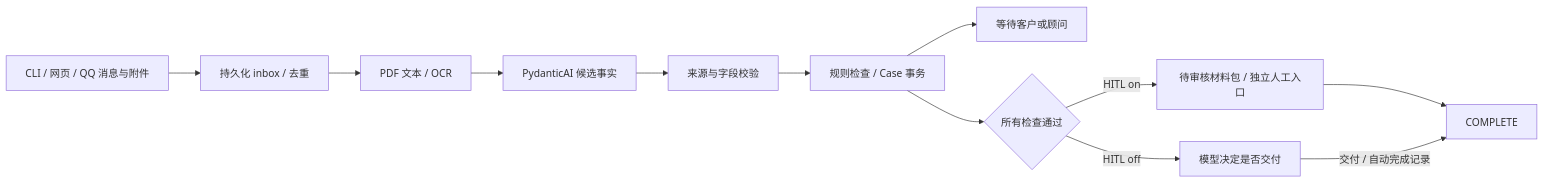
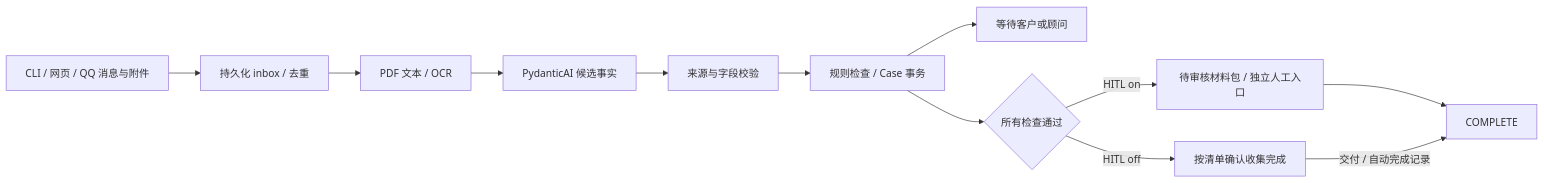
The diagram in docs/implementation.md (Sanssssssssssssssss/Visa-Agent), drawn with Mermaid before and after one commit. The commit also changed other lines of this file and 16 other files, not shown here.

````diff
--- a/docs/implementation.md
+++ b/docs/implementation.md
@@ -9,14 +9,14 @@
 ```mermaid
 flowchart LR
   A[CLI / 网页 / QQ 消息与附件] --> B[持久化 inbox / 去重]
   B --> C[PDF 文本 / OCR]
   C --> D[PydanticAI 候选事实]
   D --> E[来源与字段校验]
   E --> F[规则检查 / Case 事务]
   F --> G[等待客户或顾问]
   F --> H{所有检查通过}
   H -->|HITL on| I[待审核材料包 / 独立人工入口]
   I --> J[COMPLETE]
-  H -->|HITL off| K[模型决定是否交付]
+  H -->|HITL off| K[按清单确认收集完成]
   K -->|交付 / 自动完成记录| J
 ```
````
